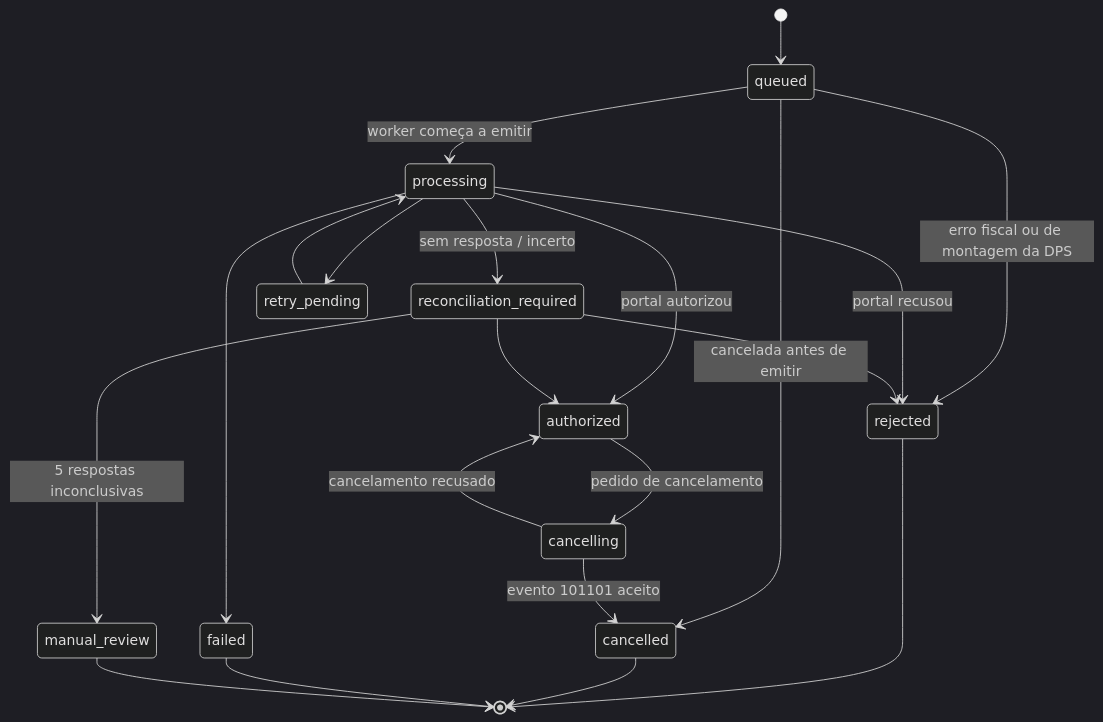
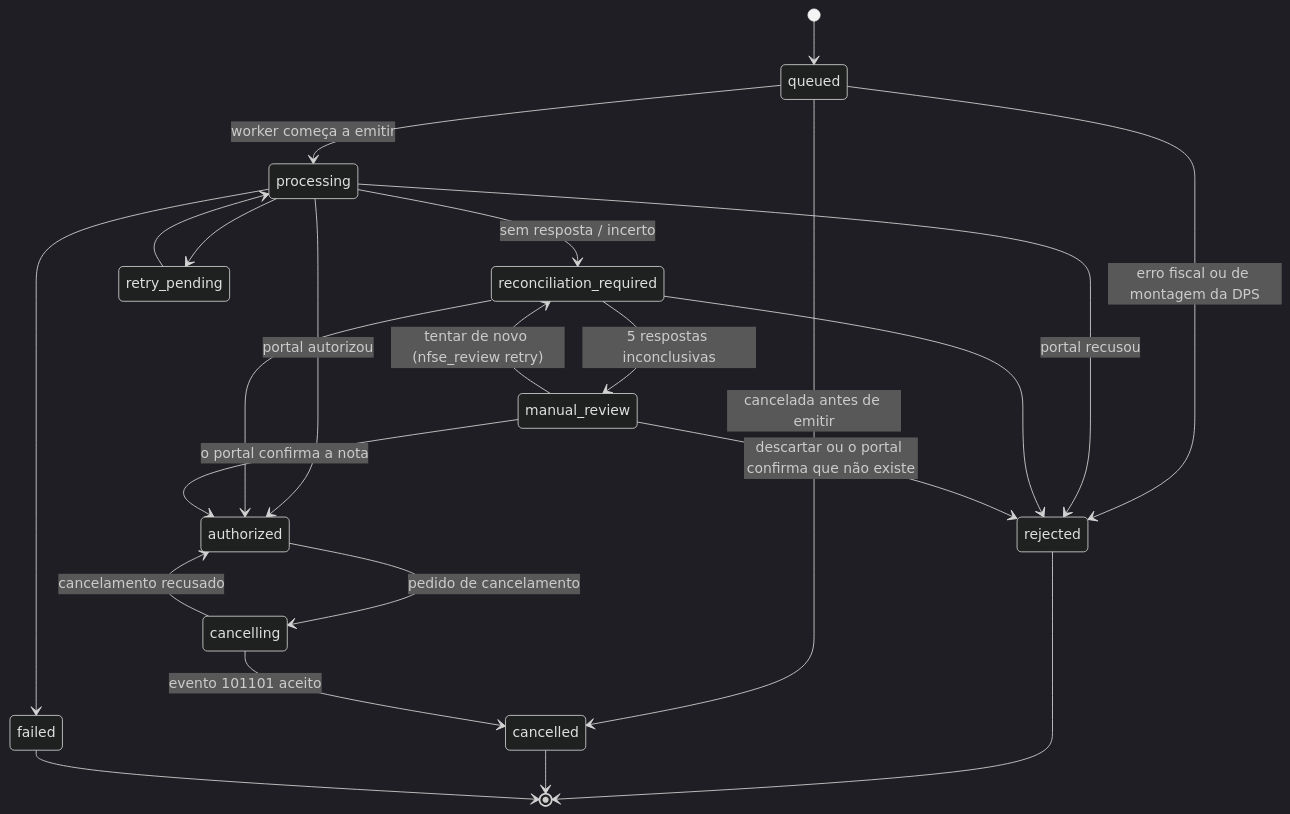
The sixth of 6 diagrams in docs/architecture.md (corvo-technology/corvo-nfse), drawn with Mermaid (dark theme) before and after one commit. The commit also changed other lines of this file and 18 other files, not shown here.

````diff
--- a/docs/architecture.md
+++ b/docs/architecture.md
@@ -237,23 +237,25 @@
 ```mermaid
 stateDiagram-v2
   [*] --> queued
   queued --> processing: worker começa a emitir
   queued --> rejected: erro fiscal ou de montagem da DPS
   queued --> cancelled: cancelada antes de emitir
   processing --> authorized: portal autorizou
   processing --> rejected: portal recusou
   processing --> reconciliation_required: sem resposta / incerto
   processing --> retry_pending
   processing --> failed
   retry_pending --> processing
   reconciliation_required --> authorized
   reconciliation_required --> rejected
   reconciliation_required --> manual_review: 5 respostas inconclusivas
   authorized --> cancelling: pedido de cancelamento
   cancelling --> cancelled: evento 101101 aceito
   cancelling --> authorized: cancelamento recusado
   rejected --> [*]
   cancelled --> [*]
   failed --> [*]
-  manual_review --> [*]
+  manual_review --> reconciliation_required: tentar de novo (nfse_review retry)
+  manual_review --> authorized: o portal confirma a nota
+  manual_review --> rejected: descartar ou o portal confirma que não existe
 ```
````
